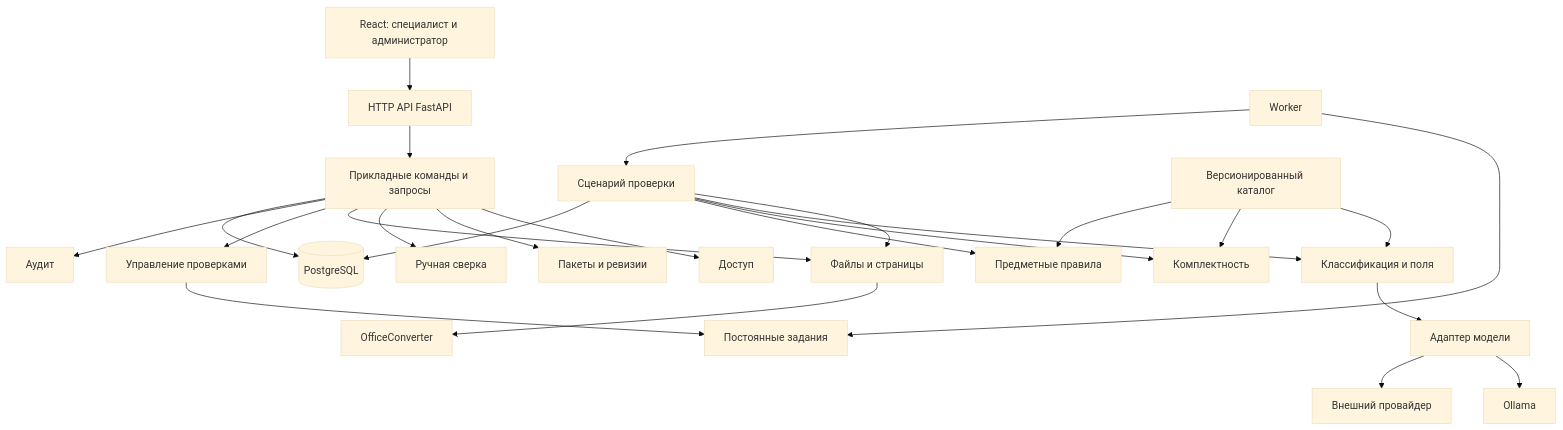
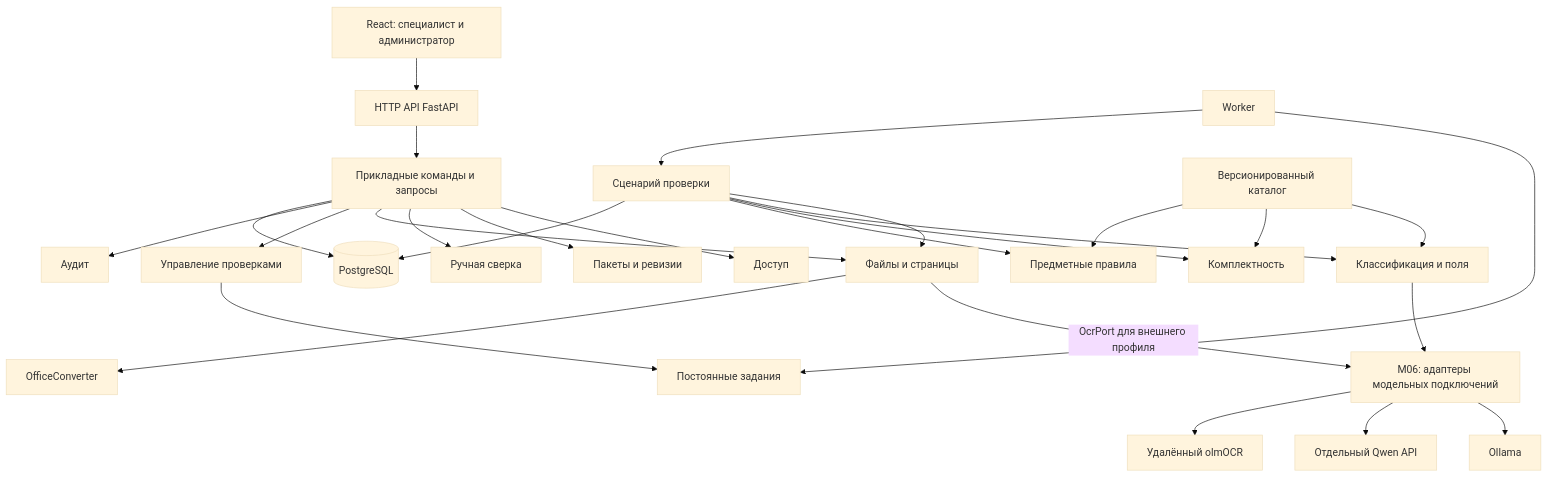
One commit to Bush-7th/sber-case3 changed the diagram in docs/specs.md. Above: the diagram before and after it, drawn with Mermaid (base theme). The commit also changed other lines of this file and 3 other files, not shown here.

Commit message:
docs: plan paired implementation with olmOCR and Qwen

````diff
--- a/docs/specs.md
+++ b/docs/specs.md
@@ -90,27 +94,29 @@
 ```mermaid
 flowchart TB
     UI[React: специалист и администратор] --> HTTP[HTTP API FastAPI]
     HTTP --> APP[Прикладные команды и запросы]
     APP --> IAM[Доступ]
     APP --> PKG[Пакеты и ревизии]
     APP --> REV[Ручная сверка]
     APP --> FILE[Файлы и страницы]
     APP --> RUN[Управление проверками]
     RUN --> JOB[Постоянные задания]
     WORKER[Worker] --> JOB
     WORKER --> PIPE[Сценарий проверки]
     PIPE --> FILE
     PIPE --> REC[Классификация и поля]
-    REC --> MODEL[Адаптер модели]
+    REC --> MODEL[M06: адаптеры модельных подключений]
     MODEL --> LOCAL[Ollama]
-    MODEL --> REMOTE[Внешний провайдер]
+    MODEL --> REMOTE[Отдельный Qwen API]
+    FILE -->|OcrPort для внешнего профиля| MODEL
+    MODEL --> OCR[Удалённый olmOCR]
     FILE --> OFFICE[OfficeConverter]
     PIPE --> COMP[Комплектность]
     PIPE --> RULE[Предметные правила]
     CAT[Версионированный каталог] --> REC
     CAT --> COMP
     CAT --> RULE
     APP --> AUDIT[Аудит]
     APP --> DB[(PostgreSQL)]
     PIPE --> DB
 ```
````
